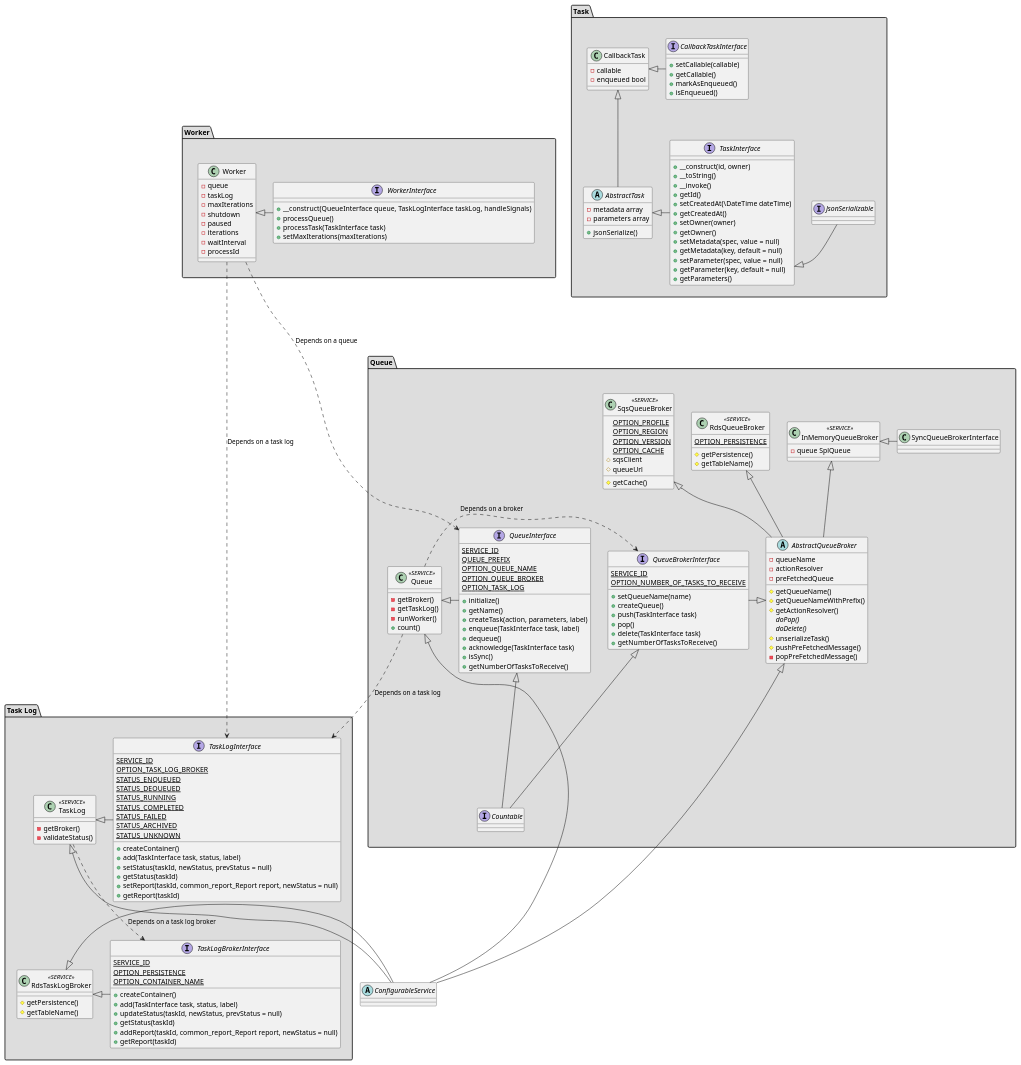
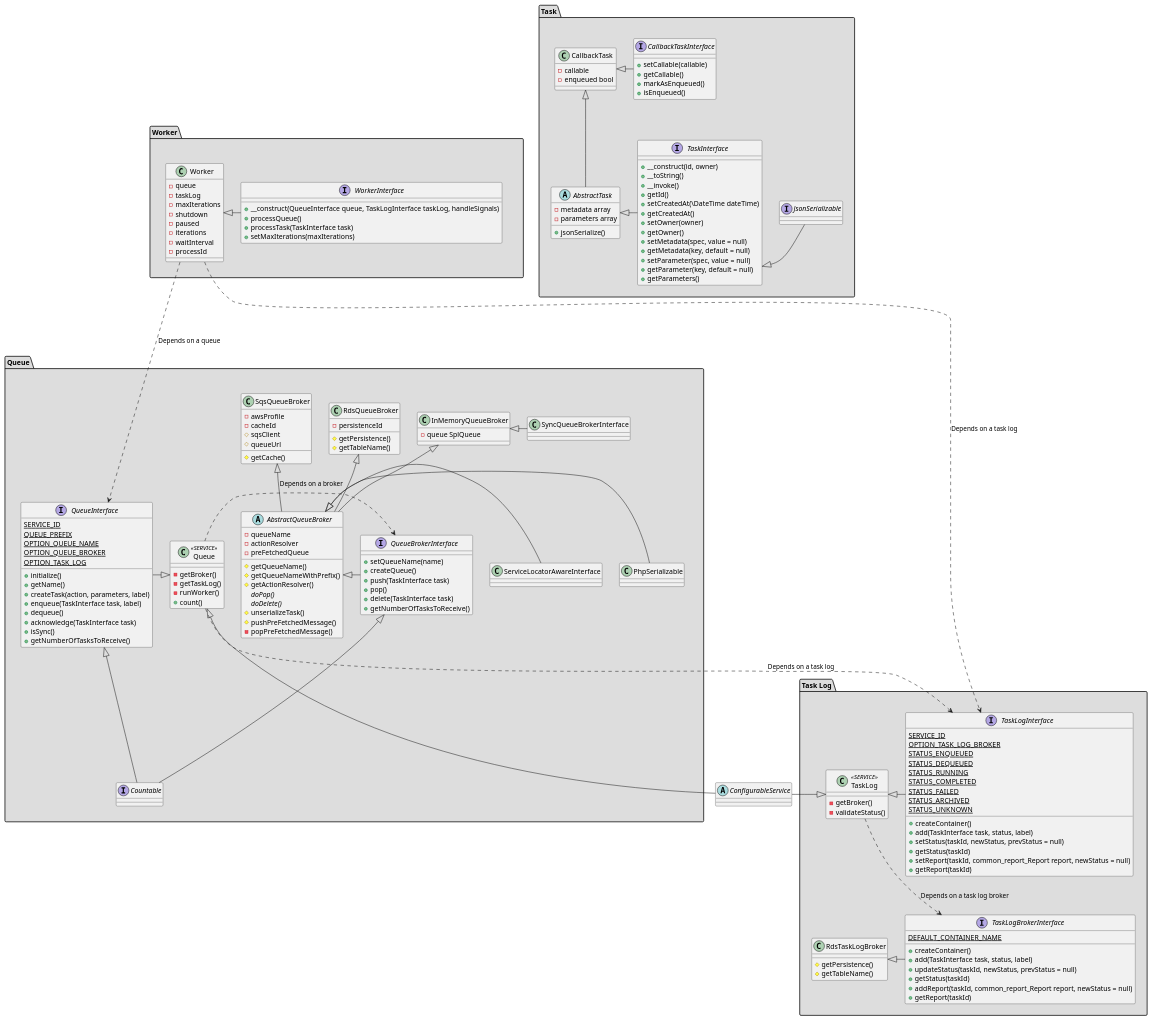
Before and after one commit to tao-forge/package-tao: the diagram in taoTaskQueue/doc/task_queue.puml, drawn with PlantUML. The commit also changed 14 other files, not shown here.

Commit message:
TAO-4972 Using PhpSerializable for easier injection

```diff
--- a/taoTaskQueue/doc/task_queue.puml
+++ b/taoTaskQueue/doc/task_queue.puml
@@ -67,9 +67,7 @@
             +getReport(taskId)
         }
         interface TaskLogBrokerInterface {
-            {static} SERVICE_ID
-            {static} OPTION_PERSISTENCE
-            {static} OPTION_CONTAINER_NAME
+            {static} DEFAULT_CONTAINER_NAME
             +createContainer()
             +add(TaskInterface task, status, label)
             +updateStatus(taskId, newStatus, prevStatus = null)
@@ -87,8 +85,7 @@
         }
 
         RdsTaskLogBroker <|- TaskLogBrokerInterface
-        RdsTaskLogBroker <|-- ConfigurableService
-        class RdsTaskLogBroker << SERVICE >> {
+        class RdsTaskLogBroker {
             #getPersistence()
             #getTableName()
         }
@@ -133,8 +130,6 @@
     together {
         QueueBrokerInterface <|-- Countable
         interface QueueBrokerInterface {
-            {static} SERVICE_ID
-            {static} OPTION_NUMBER_OF_TASKS_TO_RECEIVE
             +setQueueName(name)
             +createQueue()
             +push(TaskInterface task)
@@ -143,7 +138,6 @@
             +getNumberOfTasksToReceive()
         }
 
-        AbstractQueueBroker <|-- ConfigurableService
         abstract class AbstractQueueBroker {
             -queueName
             -actionResolver
@@ -158,24 +152,24 @@
             -popPreFetchedMessage()
         }
 
-        class InMemoryQueueBroker << SERVICE >> {
+        class InMemoryQueueBroker {
             -queue SplQueue
         }
-        class RdsQueueBroker << SERVICE >> {
-            {static} OPTION_PERSISTENCE
+        class RdsQueueBroker {
+            -persistenceId
             #getPersistence()
             #getTableName()
         }
-        class SqsQueueBroker << SERVICE >> {
-            {static} OPTION_PROFILE
-            {static} OPTION_REGION
-            {static} OPTION_VERSION
-            {static} OPTION_CACHE
+        class SqsQueueBroker {
+            -awsProfile
+            -cacheId
             #sqsClient
             #queueUrl
             #getCache()
         }
 
+        AbstractQueueBroker <|- PhpSerializable
+        AbstractQueueBroker <|- ServiceLocatorAwareInterface
         AbstractQueueBroker <|- QueueBrokerInterface
         InMemoryQueueBroker <|- SyncQueueBrokerInterface
         InMemoryQueueBroker <|-- AbstractQueueBroker
```
